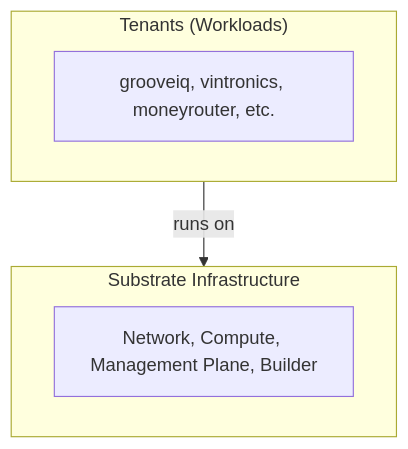
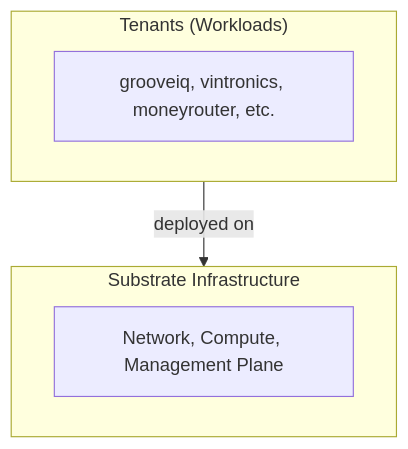
Before and after one commit to deevnet/deevnet-docs: the diagram in content/docs/architecture/tenant/_index.md, drawn with Mermaid. The commit also changed other lines of this file and 7 other files, not shown here.

First line of the commit message:
Tenant DNS ownership + genericize architecture pages

```diff
--- a/content/docs/architecture/tenant/_index.md
+++ b/content/docs/architecture/tenant/_index.md
@@ -17,10 +17,10 @@
 {{< mermaid >}}
 graph TB
     subgraph tenants["Tenants (Workloads)"]
         T["grooveiq, vintronics, moneyrouter, etc."]
     end
     subgraph substrate["Substrate Infrastructure"]
-        S["Network, Compute, Management Plane, Builder"]
+        S["Network, Compute, Management Plane"]
     end
-    tenants -->|runs on| substrate
+    tenants -->|deployed on| substrate
 {{< /mermaid >}}
```
